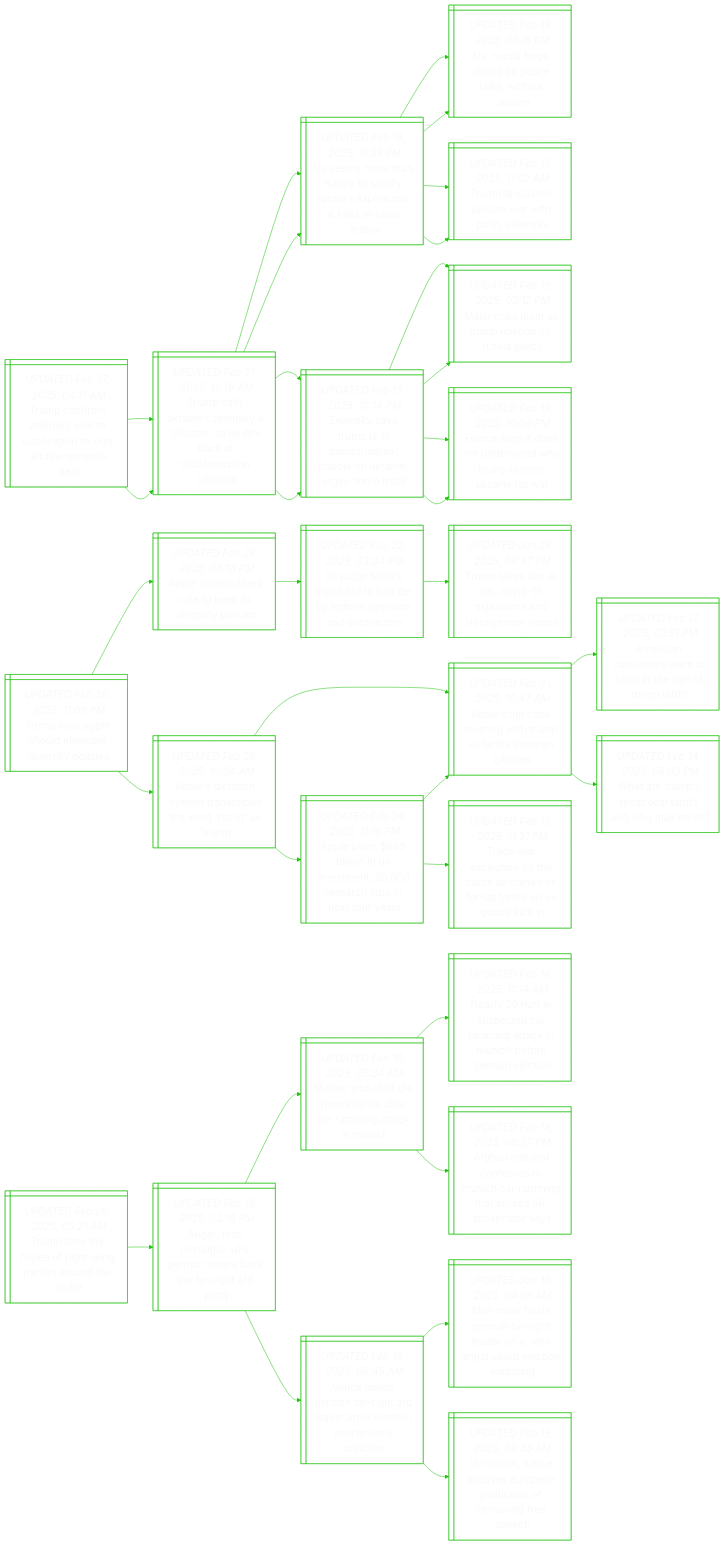
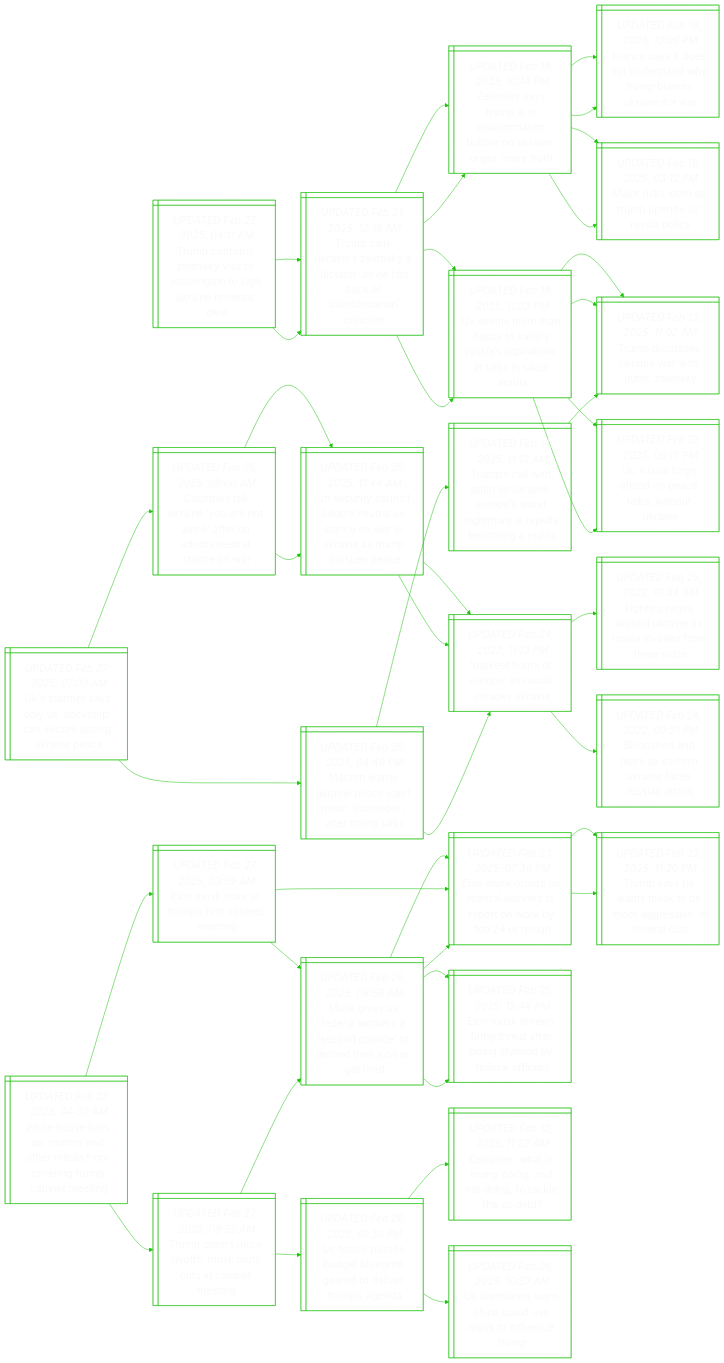
The diagram in README.md (notJmes/notJmes), drawn with Mermaid before and after one commit. The commit also changed other lines of this file, not shown here.

````diff
--- a/README.md
+++ b/README.md
@@ -62,63 +62,87 @@
 Zsymnnaberumr:::txtsize --> Mrlspdupy:::txtsize
 Zsymnnaberumr:::txtsize --> Feisnthmmrfr:::txtsize
 
-Tspheniils@{ shape: win-pane, label: "_UPDATED Feb 26, 2025, 11:09 PM_
-Trump says apple should eliminate diversity policies" }
-Ashreedsoe@{ shape: win-pane, label: "_UPDATED Feb 26, 2025, 04:13 PM_
-Apple shareholders vote to keep its diversity policies" }
-Ugcudnyresoc@{ shape: win-pane, label: "_UPDATED Feb 22, 2025, 03:34 PM_
-Us judge blocks trump bid to ban dei by federal agencies and contractors" }
-TtaDvpodseo@{ shape: win-pane, label: "_UPDATED Jan 28, 2025, 06:47 PM_
-Trump takes aim at dei, covid-19 expulsions and transgender troops" }
-Asasmsewaam@{ shape: win-pane, label: "_UPDATED Feb 26, 2025, 10:34 AM_
-Apple’s dictation system transcribes the word ‘racist’ as ‘trump’" }
-ApboSstaonoa@{ shape: win-pane, label: "_UPDATED Feb 24, 2025, 11:15 PM_
-Apple plans $669 billion in us investment, 20,000 research jobs in next four years" }
-Asoewrsfrnn@{ shape: win-pane, label: "_UPDATED Feb 21, 2025, 10:47 AM_
-Apple’s tim cook meeting with trump as tariffs threaten iphones" }
-TwcitrCsotfSsi@{ shape: win-pane, label: "_UPDATED Feb 10, 2025, 11:31 PM_
-Trade war escalation on the cards as china’s tit-for-tat tariffs on us goods kick in" }
-Asoewrsfrnn@{ shape: win-pane, label: "_UPDATED Feb 21, 2025, 10:47 AM_
-Apple’s tim cook meeting with trump as tariffs threaten iphones" }
-Acnrrhteur@{ shape: win-pane, label: "_UPDATED Feb 17, 2025, 02:51 PM_
-American consumers learn to shop in the age of trump tariffs" }
-Wrmccraoe@{ shape: win-pane, label: "_UPDATED Feb 14, 2025, 08:03 PM_
-What are trump’s reciprocal tariffs and who may be hit?" }
+Uasnbtnrtkee@{ shape: win-pane, label: "_UPDATED Feb 27, 2025, 07:00 AM_
+Uk's starmer says only us 'backstop' can secure lasting ukraine peace" }
+CreryelfNttto@{ shape: win-pane, label: "_UPDATED Feb 26, 2025, 09:00 AM_
+Countries tell ukraine ‘you are not alone’ after un adopts neutral stance on war" }
+UuCipuUnwUnruse@{ shape: win-pane, label: "_UPDATED Feb 25, 2025, 11:44 AM_
+Un security council adopts neutral us stance on war in ukraine as trump pursues peace" }
+DsruasvUn@{ shape: win-pane, label: "_UPDATED Feb 24, 2022, 11:13 PM_
+'darkest hours of europe' as russia invades ukraine" }
+UuCipuUnwUnruse@{ shape: win-pane, label: "_UPDATED Feb 25, 2025, 11:44 AM_
+Un security council adopts neutral us stance on war in ukraine as trump pursues peace" }
+DsruasvUn@{ shape: win-pane, label: "_UPDATED Feb 24, 2022, 11:13 PM_
+'darkest hours of europe' as russia invades ukraine" }
+MnsianneaTt@{ shape: win-pane, label: "_UPDATED Feb 25, 2025, 04:49 PM_
+Macron warns ukraine peace can’t mean ‘surrender’, after trump talks" }
+DsruasvUn@{ shape: win-pane, label: "_UPDATED Feb 24, 2022, 11:13 PM_
+'darkest hours of europe' as russia invades ukraine" }
+Bsnranicsak@{ shape: win-pane, label: "_UPDATED Feb 24, 2022, 09:21 PM_
+Bloodshed and tears as eastern ukraine faces russian attack" }
+Figokesnsts@{ shape: win-pane, label: "_UPDATED Feb 25, 2022, 01:54 AM_
+Fighting rages around ukraine as russia invades from three sides" }
+Tswunirwnmsdcgl@{ shape: win-pane, label: "_UPDATED Feb 14, 2025, 11:13 AM_
+Trump’s call with putin on ukraine: europe’s worst nightmare is rapidly becoming a reality" }
+Tdskeitly@{ shape: win-pane, label: "_UPDATED Feb 13, 2025, 11:02 AM_
+Trump discusses ukraine war with putin, zelensky" }
 
-Tspheniils:::txtsize --> Ashreedsoe:::txtsize
-Ashreedsoe:::txtsize --> Ugcudnyresoc:::txtsize
-Ugcudnyresoc:::txtsize --> TtaDvpodseo:::txtsize
-Tspheniils:::txtsize --> Asasmsewaam:::txtsize
-Asasmsewaam:::txtsize --> ApboSstaonoa:::txtsize
-ApboSstaonoa:::txtsize --> Asoewrsfrnn:::txtsize
-ApboSstaonoa:::txtsize --> TwcitrCsotfSsi:::txtsize
-Asasmsewaam:::txtsize --> Asoewrsfrnn:::txtsize
-Asoewrsfrnn:::txtsize --> Acnrrhteur:::txtsize
-Asoewrsfrnn:::txtsize --> Wrmccraoe:::txtsize
+Uasnbtnrtkee:::txtsize --> CreryelfNttto:::txtsize
+CreryelfNttto:::txtsize --> UuCipuUnwUnruse:::txtsize
+UuCipuUnwUnruse:::txtsize --> DsruasvUn:::txtsize
+CreryelfNttto:::txtsize --> UuCipuUnwUnruse:::txtsize
+UuCipuUnwUnruse:::txtsize --> DsruasvUn:::txtsize
+Uasnbtnrtkee:::txtsize --> MnsianneaTt:::txtsize
+MnsianneaTt:::txtsize --> DsruasvUn:::txtsize
+DsruasvUn:::txtsize --> Bsnranicsak:::txtsize
+DsruasvUn:::txtsize --> Figokesnsts:::txtsize
+MnsianneaTt:::txtsize --> Tswunirwnmsdcgl:::txtsize
+Tswunirwnmsdcgl:::txtsize --> Tdskeitly:::txtsize
 
-Tfheiiradl@{ shape: win-pane, label: "_UPDATED Feb 26, 2025, 05:21 AM_
-Trump fans the hopes of right-wing parties around the globe" }
-AfogyaecfgDy@{ shape: win-pane, label: "_UPDATED Feb 16, 2025, 03:18 PM_
-Anger, fear, nostalgia: why german voters back the far-right afd party" }
-Mrhimrfamtii@{ shape: win-pane, label: "_UPDATED Feb 16, 2025, 05:34 AM_
-Mother and child die from injuries after car ramming attack in munich" }
-Nyipdagcubeac@{ shape: win-pane, label: "_UPDATED Feb 14, 2025, 11:14 AM_
-Nearly 30 hurt in suspected car ramming attack in munich before german election" }
-AnoosMhagiesos@{ shape: win-pane, label: "_UPDATED Feb 14, 2025, 08:27 PM_
-Afghan national confesses to munich car ramming that injured 36, prosecutor says" }
-VmGnifdicifctm@{ shape: win-pane, label: "_UPDATED Feb 15, 2025, 06:45 AM_
-Vance meets german far-right afd leader amid election interference criticism" }
-EusrahdXsttten@{ shape: win-pane, label: "_UPDATED Jan 10, 2025, 04:05 AM_
-Elon musk hosts german far-right leader on x, stirs angst about election meddling" }
-IincEelifofp@{ shape: win-pane, label: "_UPDATED Feb 15, 2025, 04:33 AM_
-In munich, vance accuses european politicians of censoring free speech" }
+WHbPedraciubmn@{ shape: win-pane, label: "_UPDATED Feb 27, 2025, 04:30 AM_
+White house bars ap, reuters and other media from covering trump cabinet meeting" }
+EuaTstne@{ shape: win-pane, label: "_UPDATED Feb 27, 2025, 03:59 AM_
+Elon musk stars at trump’s first cabinet meeting" }
+MiSrrannddrof@{ shape: win-pane, label: "_UPDATED Feb 26, 2025, 08:58 AM_
+Musk gives us federal workers a ‘second chance’ to defend their jobs or get fired" }
+EudSrrtowyrg@{ shape: win-pane, label: "_UPDATED Feb 23, 2025, 07:36 PM_
+Elon musk orders us federal workers to report on work by feb 24 or resign" }
+Eunittrgifais@{ shape: win-pane, label: "_UPDATED Feb 25, 2025, 12:44 PM_
+Elon musk renews firing threat after being stymied by federal officials" }
+EudSrrtowyrg@{ shape: win-pane, label: "_UPDATED Feb 23, 2025, 07:36 PM_
+Elon musk orders us federal workers to report on work by feb 24 or resign" }
+Tsestogifas@{ shape: win-pane, label: "_UPDATED Feb 22, 2025, 11:20 PM_
+Trump says he wants musk to be ‘more aggressive’ in federal cuts" }
+Tsestogifas@{ shape: win-pane, label: "_UPDATED Feb 22, 2025, 11:20 PM_
+Trump says he wants musk to be ‘more aggressive’ in federal cuts" }
+Toslfksaieg@{ shape: win-pane, label: "_UPDATED Feb 27, 2025, 08:55 AM_
+Trump orders more layoffs, musk touts cuts at cabinet meeting" }
+Ussdliaovug@{ shape: win-pane, label: "_UPDATED Feb 26, 2025, 01:30 PM_
+Us house passes budget blueprint geared to deliver trump’s agenda" }
+EihTdatgche@{ shape: win-pane, label: "_UPDATED Feb 12, 2025, 11:22 AM_
+Explainer: what is trump doing, and not doing, to tackle the us debt?" }
+UmsCcusnnu@{ shape: win-pane, label: "_UPDATED Feb 26, 2025, 10:57 AM_
+Us lawmakers warn china could use musk to influence trump" }
+MiSrrannddrof@{ shape: win-pane, label: "_UPDATED Feb 26, 2025, 08:58 AM_
+Musk gives us federal workers a ‘second chance’ to defend their jobs or get fired" }
+EudSrrtowyrg@{ shape: win-pane, label: "_UPDATED Feb 23, 2025, 07:36 PM_
+Elon musk orders us federal workers to report on work by feb 24 or resign" }
+Eunittrgifais@{ shape: win-pane, label: "_UPDATED Feb 25, 2025, 12:44 PM_
+Elon musk renews firing threat after being stymied by federal officials" }
 
-Tfheiiradl:::txtsize --> AfogyaecfgDy:::txtsize
-AfogyaecfgDy:::txtsize --> Mrhimrfamtii:::txtsize
-Mrhimrfamtii:::txtsize --> Nyipdagcubeac:::txtsize
-Mrhimrfamtii:::txtsize --> AnoosMhagiesos:::txtsize
-AfogyaecfgDy:::txtsize --> VmGnifdicifctm:::txtsize
-VmGnifdicifctm:::txtsize --> EusrahdXsttten:::txtsize
-VmGnifdicifctm:::txtsize --> IincEelifofp:::txtsize
+WHbPedraciubmn:::txtsize --> EuaTstne:::txtsize
+EuaTstne:::txtsize --> MiSrrannddrof:::txtsize
+MiSrrannddrof:::txtsize --> EudSrrtowyrg:::txtsize
+MiSrrannddrof:::txtsize --> Eunittrgifais:::txtsize
+EuaTstne:::txtsize --> EudSrrtowyrg:::txtsize
+EudSrrtowyrg:::txtsize --> Tsestogifas:::txtsize
+EudSrrtowyrg:::txtsize --> Tsestogifas:::txtsize
+WHbPedraciubmn:::txtsize --> Toslfksaieg:::txtsize
+Toslfksaieg:::txtsize --> Ussdliaovug:::txtsize
+Ussdliaovug:::txtsize --> EihTdatgche:::txtsize
+Ussdliaovug:::txtsize --> UmsCcusnnu:::txtsize
+Toslfksaieg:::txtsize --> MiSrrannddrof:::txtsize
+MiSrrannddrof:::txtsize --> EudSrrtowyrg:::txtsize
+MiSrrannddrof:::txtsize --> Eunittrgifais:::txtsize
 
 ```
````
